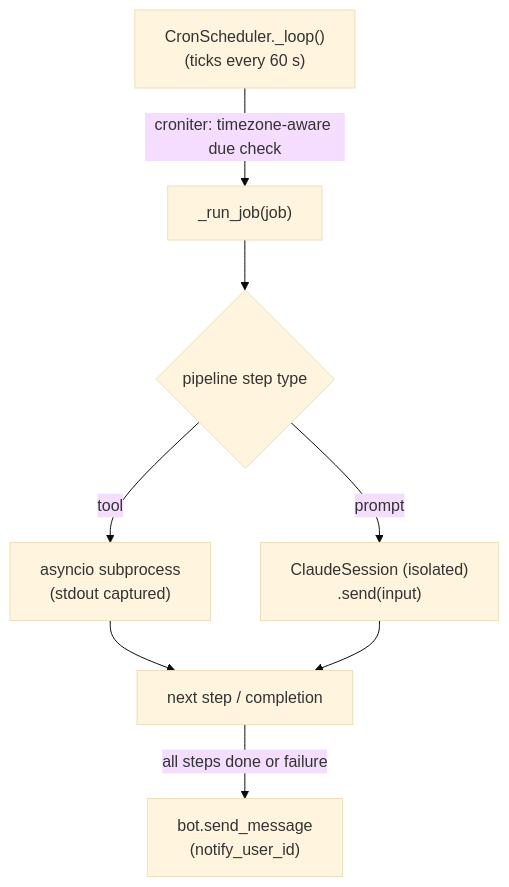
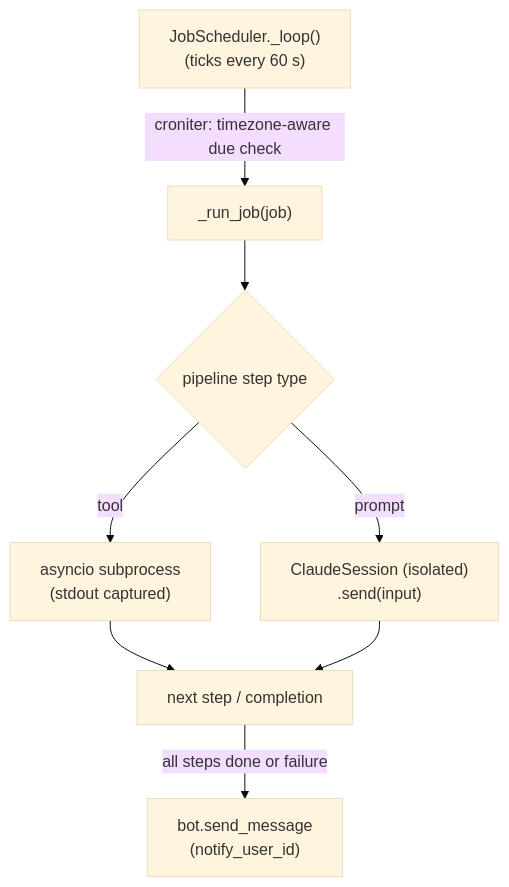
The sixth of 6 diagrams in Documentation/Architecture/100_system_architecture_overview.md (user538295/archon-assistant), drawn with Mermaid (base theme) before and after one commit. The commit also changed other lines of this file and 40 other files, not shown here.

````diff
--- a/Documentation/Architecture/100_system_architecture_overview.md
+++ b/Documentation/Architecture/100_system_architecture_overview.md
@@ -315,10 +315,10 @@
 ```mermaid
 flowchart TD
-    L["CronScheduler._loop()<br/>(ticks every 60 s)"] -->|"croniter: timezone-aware due check"| RJ["_run_job(job)"]
+    L["JobScheduler._loop()<br/>(ticks every 60 s)"] -->|"croniter: timezone-aware due check"| RJ["_run_job(job)"]
     RJ --> ST{pipeline step type}
     ST -->|tool| SUB["asyncio subprocess<br/>(stdout captured)"]
     ST -->|prompt| CLS["ClaudeSession (isolated)<br/>.send(input)"]
     SUB --> NEXT[next step / completion]
     CLS --> NEXT
     NEXT -->|"all steps done or failure"| NOTIFY["bot.send_message<br/>(notify_user_id)"]
 ```
````
